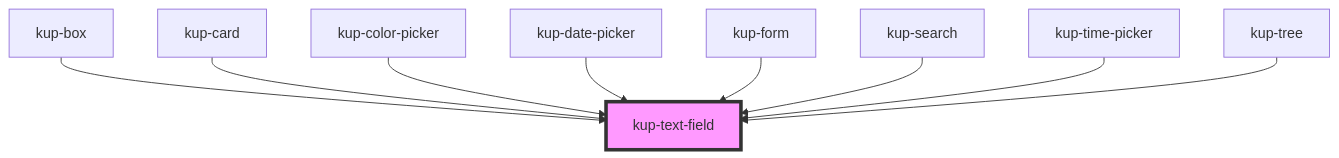
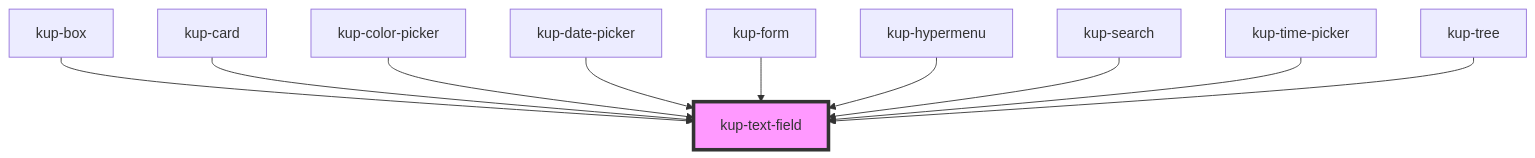
Before and after one commit to smeup/ketch.up: the diagram in packages/ketchup/src/components/kup-text-field/readme.md, drawn with Mermaid. The commit also changed other lines of this file and 25 other files, not shown here.

````diff
--- a/packages/ketchup/src/components/kup-text-field/readme.md
+++ b/packages/ketchup/src/components/kup-text-field/readme.md
@@ -124,12 +125,13 @@
 ```mermaid
 graph TD;
   kup-box --> kup-text-field
   kup-card --> kup-text-field
   kup-color-picker --> kup-text-field
   kup-date-picker --> kup-text-field
   kup-form --> kup-text-field
+  kup-hypermenu --> kup-text-field
   kup-search --> kup-text-field
   kup-time-picker --> kup-text-field
   kup-tree --> kup-text-field
   style kup-text-field fill:#f9f,stroke:#333,stroke-width:4px
 ```
````
